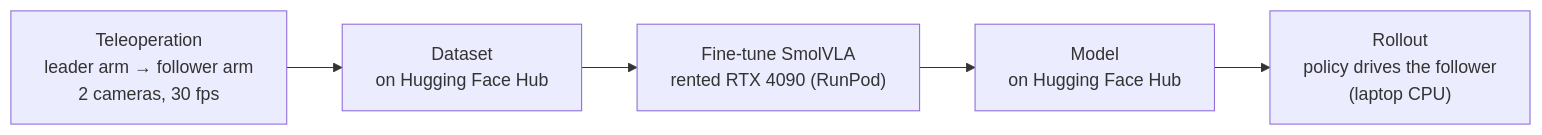
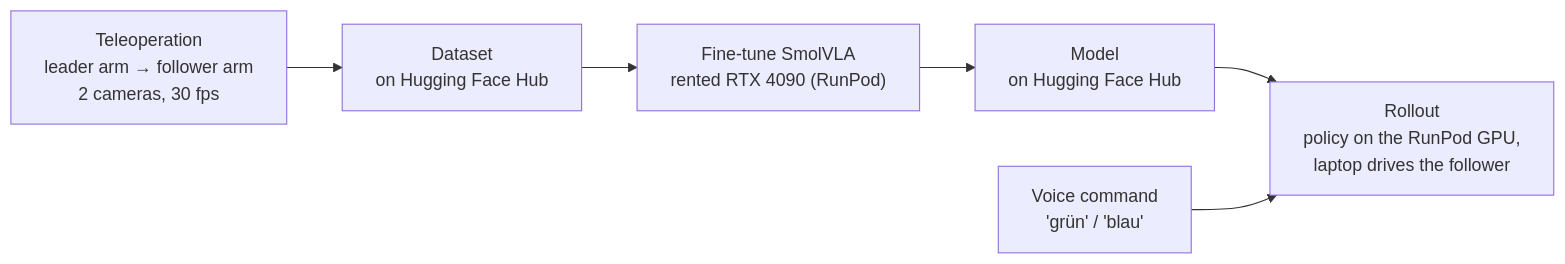
The diagram in README.md (jakobreinhardt/VLA_Trial), drawn with Mermaid before and after one commit. The commit also changed other lines of this file and 8 other files, not shown here.

````diff
--- a/README.md
+++ b/README.md
@@ -23,7 +23,8 @@
 ```mermaid
 flowchart LR
     A["Teleoperation<br/>leader arm → follower arm<br/>2 cameras, 30 fps"] --> B["Dataset<br/>on Hugging Face Hub"]
     B --> C["Fine-tune SmolVLA<br/>rented RTX 4090 (RunPod)"]
     C --> D["Model<br/>on Hugging Face Hub"]
-    D --> E["Rollout<br/>policy drives the follower<br/>(laptop CPU)"]
+    D --> E["Rollout<br/>policy on the RunPod GPU,<br/>laptop drives the follower"]
+    F["Voice command<br/>'grün' / 'blau'"] --> E
 ```
````
